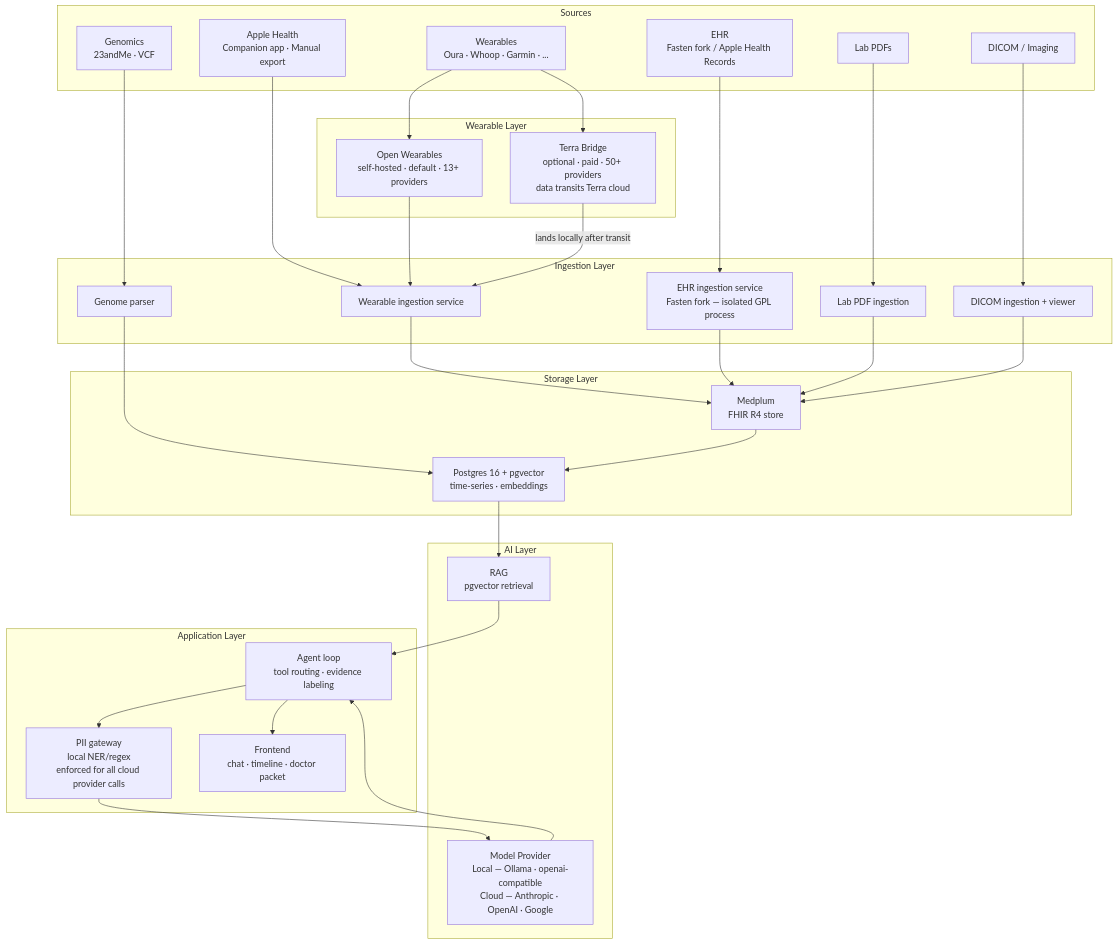
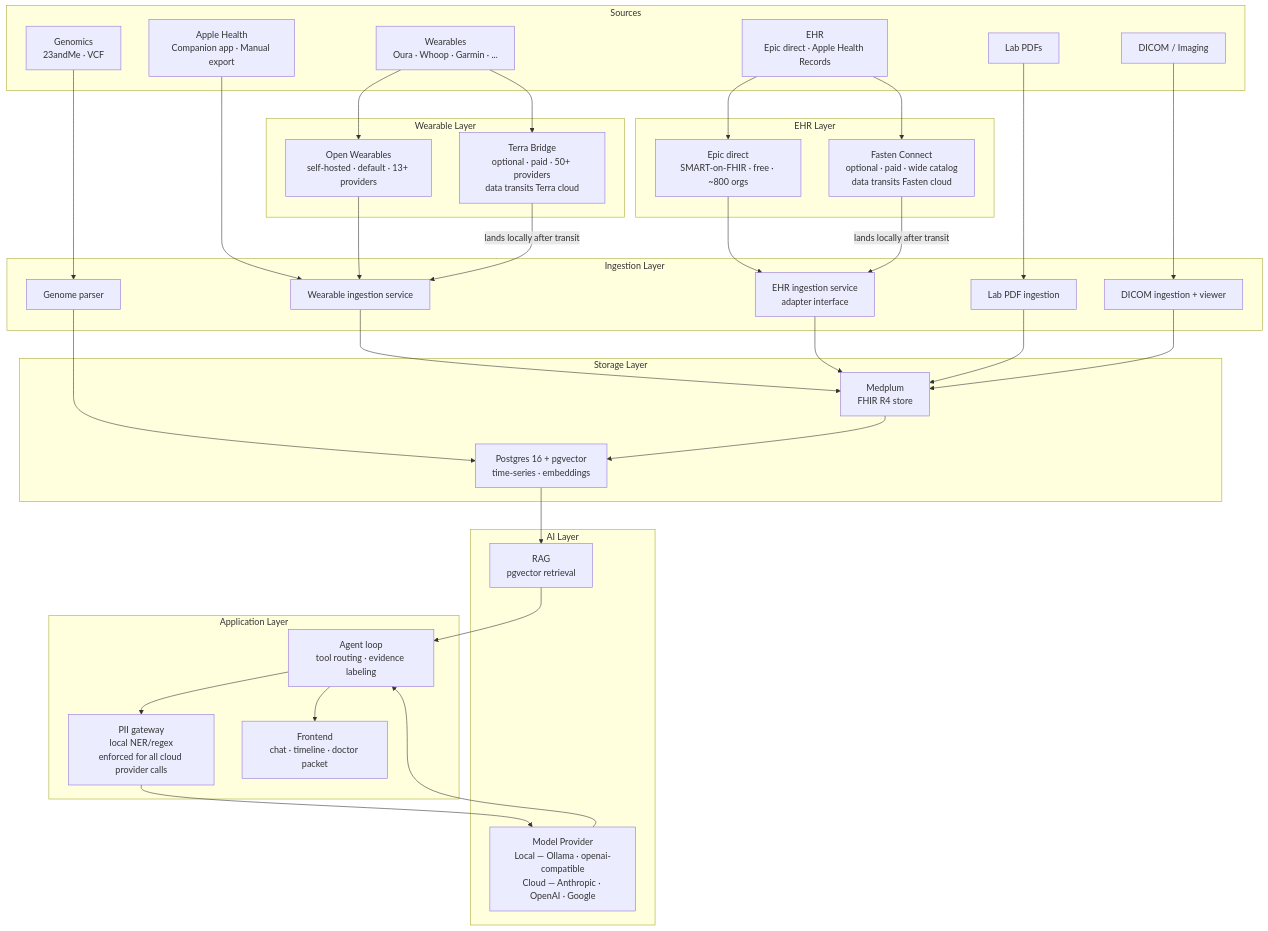
One commit to XanaduCo/AyuSpec changed the diagram in docs/architecture.md. Above: the diagram before and after it, drawn with Mermaid. The commit also changed other lines of this file and 13 other files, not shown here.

````diff
--- a/docs/architecture.md
+++ b/docs/architecture.md
@@ -5,64 +5,72 @@
 ```mermaid
 graph TD
     subgraph Sources
         W[Wearables<br/>Oura · Whoop · Garmin · ...]
         AH[Apple Health<br/>Companion app · Manual export]
-        E[EHR<br/>Fasten fork / Apple Health Records]
+        E[EHR<br/>Epic direct · Apple Health Records]
         L[Lab PDFs]
         D[DICOM / Imaging]
         G[Genomics<br/>23andMe · VCF]
     end
 
     subgraph Wearable Layer
         OW[Open Wearables<br/>self-hosted · default · 13+ providers]
         TB[Terra Bridge<br/>optional · paid · 50+ providers<br/>data transits Terra cloud]
     end
 
+    subgraph EHR Layer
+        EPIC[Epic direct<br/>SMART-on-FHIR · free · ~800 orgs]
+        FC[Fasten Connect<br/>optional · paid · wide catalog<br/>data transits Fasten cloud]
+    end
+
     subgraph Ingestion Layer
         WI[Wearable ingestion service]
-        EI[EHR ingestion service<br/>Fasten fork — isolated GPL process]
+        EI[EHR ingestion service<br/>adapter interface]
         LI[Lab PDF ingestion]
         DI[DICOM ingestion + viewer]
         GI[Genome parser]
     end
 
     subgraph Storage Layer
         MP[Medplum<br/>FHIR R4 store]
         PG[Postgres 16 + pgvector<br/>time-series · embeddings]
     end
 
     subgraph AI Layer
         PROV[Model Provider<br/>Local — Ollama · openai-compatible<br/>Cloud — Anthropic · OpenAI · Google]
         RAG[RAG<br/>pgvector retrieval]
     end
 
     subgraph Application Layer
         AG[Agent loop<br/>tool routing · evidence labeling]
         PII[PII gateway<br/>local NER/regex<br/>enforced for all cloud provider calls]
         UI[Frontend<br/>chat · timeline · doctor packet]
     end
 
     W --> OW
     W --> TB
     AH --> WI
     OW --> WI
     TB -->|lands locally after transit| WI
-    E --> EI
+    E --> EPIC
+    E --> FC
+    EPIC --> EI
+    FC -->|lands locally after transit| EI
     L --> LI
     D --> DI
     G --> GI
 
     WI --> MP
     EI --> MP
     LI --> MP
     DI --> MP
     GI --> PG
 
     MP --> PG
     PG --> RAG
     RAG --> AG
     AG --> PII
     PII --> PROV
     PROV --> AG
     AG --> UI
 ```
````
